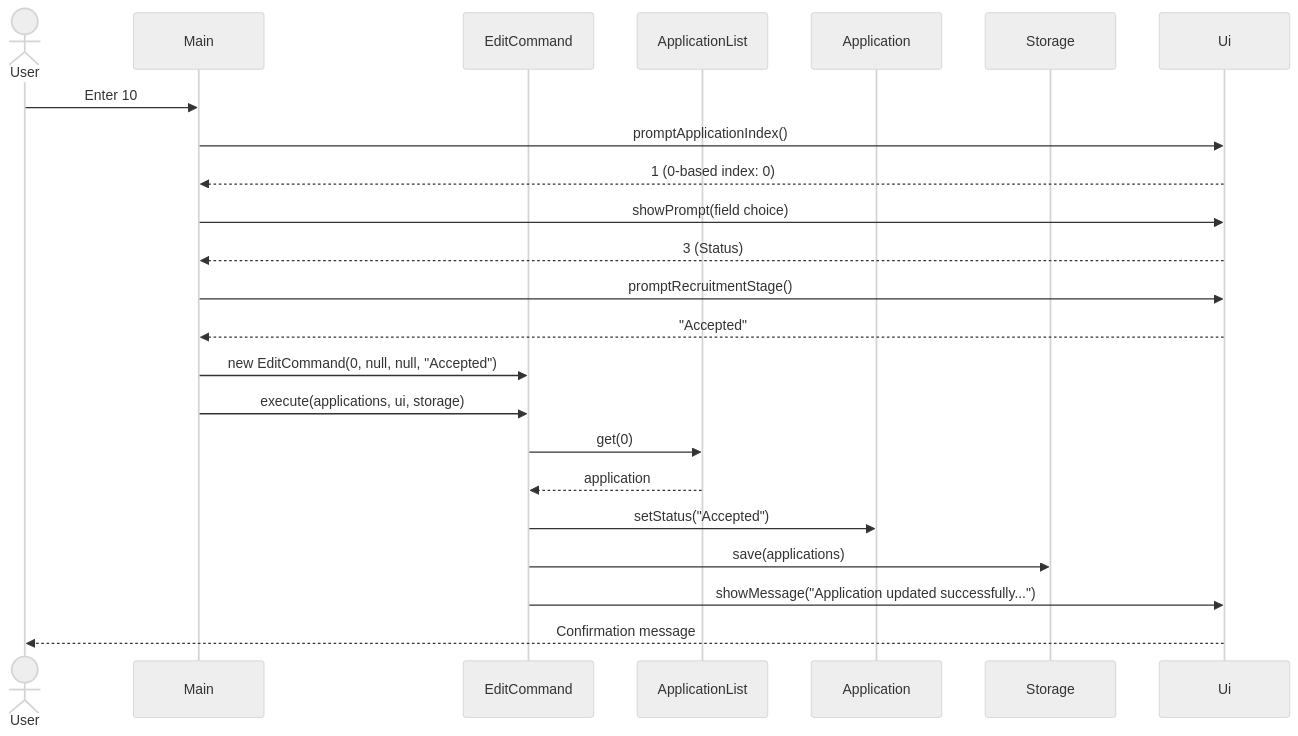
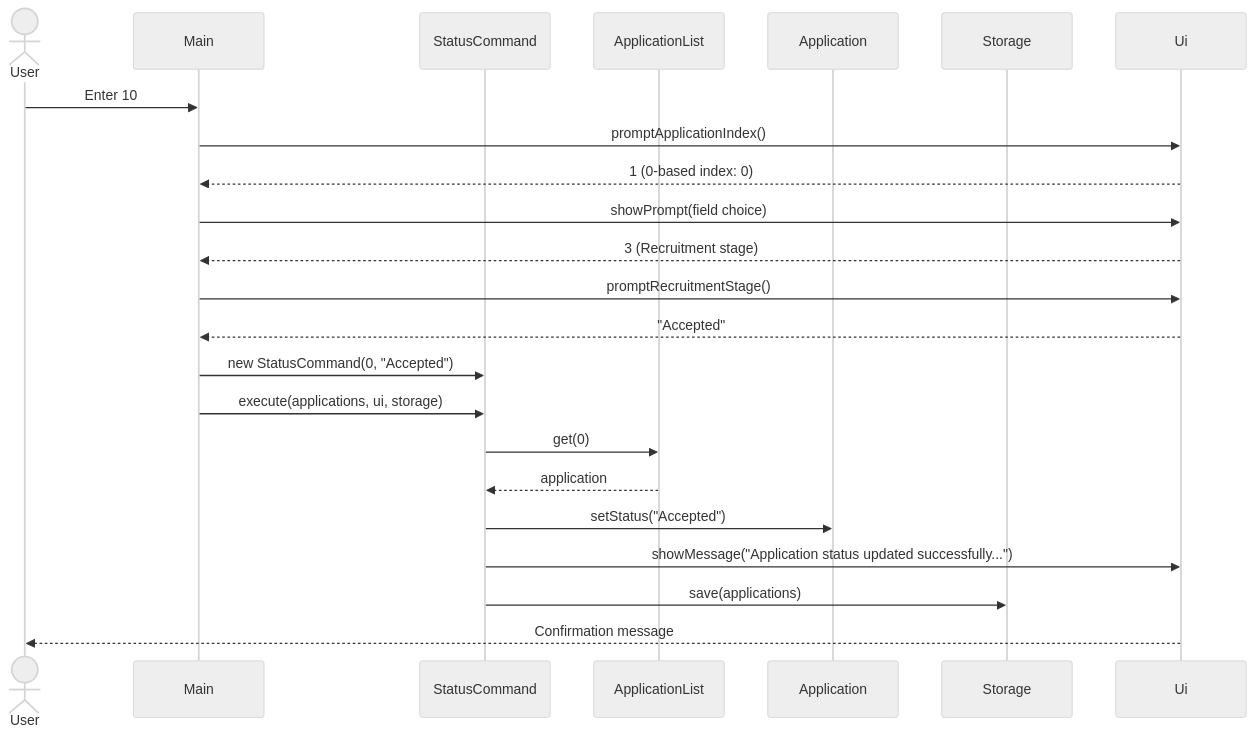
Before and after one commit to AY2627S1-CS2113-T10-2/tp: the eighth of 16 diagrams in docs/DeveloperGuide.md, drawn with Mermaid (neutral theme). The commit also changed other lines of this file and 2 other files, not shown here.

````diff
--- a/docs/DeveloperGuide.md
+++ b/docs/DeveloperGuide.md
@@ -333,25 +339,25 @@
 ```mermaid
 sequenceDiagram
     actor User
     participant Main
-    participant EditCommand
+    participant StatusCommand
     participant ApplicationList
     participant Application
     participant Storage
     participant Ui
     User->>Main: Enter 10
     Main->>Ui: promptApplicationIndex()
     Ui-->>Main: 1 (0-based index: 0)
     Main->>Ui: showPrompt(field choice)
-    Ui-->>Main: 3 (Status)
+    Ui-->>Main: 3 (Recruitment stage)
     Main->>Ui: promptRecruitmentStage()
     Ui-->>Main: "Accepted"
-    Main->>EditCommand: new EditCommand(0, null, null, "Accepted")
-    Main->>EditCommand: execute(applications, ui, storage)
-    EditCommand->>ApplicationList: get(0)
-    ApplicationList-->>EditCommand: application
-    EditCommand->>Application: setStatus("Accepted")
-    EditCommand->>Storage: save(applications)
-    EditCommand->>Ui: showMessage("Application updated successfully...")
+    Main->>StatusCommand: new StatusCommand(0, "Accepted")
+    Main->>StatusCommand: execute(applications, ui, storage)
+    StatusCommand->>ApplicationList: get(0)
+    ApplicationList-->>StatusCommand: application
+    StatusCommand->>Application: setStatus("Accepted")
+    StatusCommand->>Ui: showMessage("Application status updated successfully...")
+    StatusCommand->>Storage: save(applications)
     Ui-->>User: Confirmation message
 ```
````
